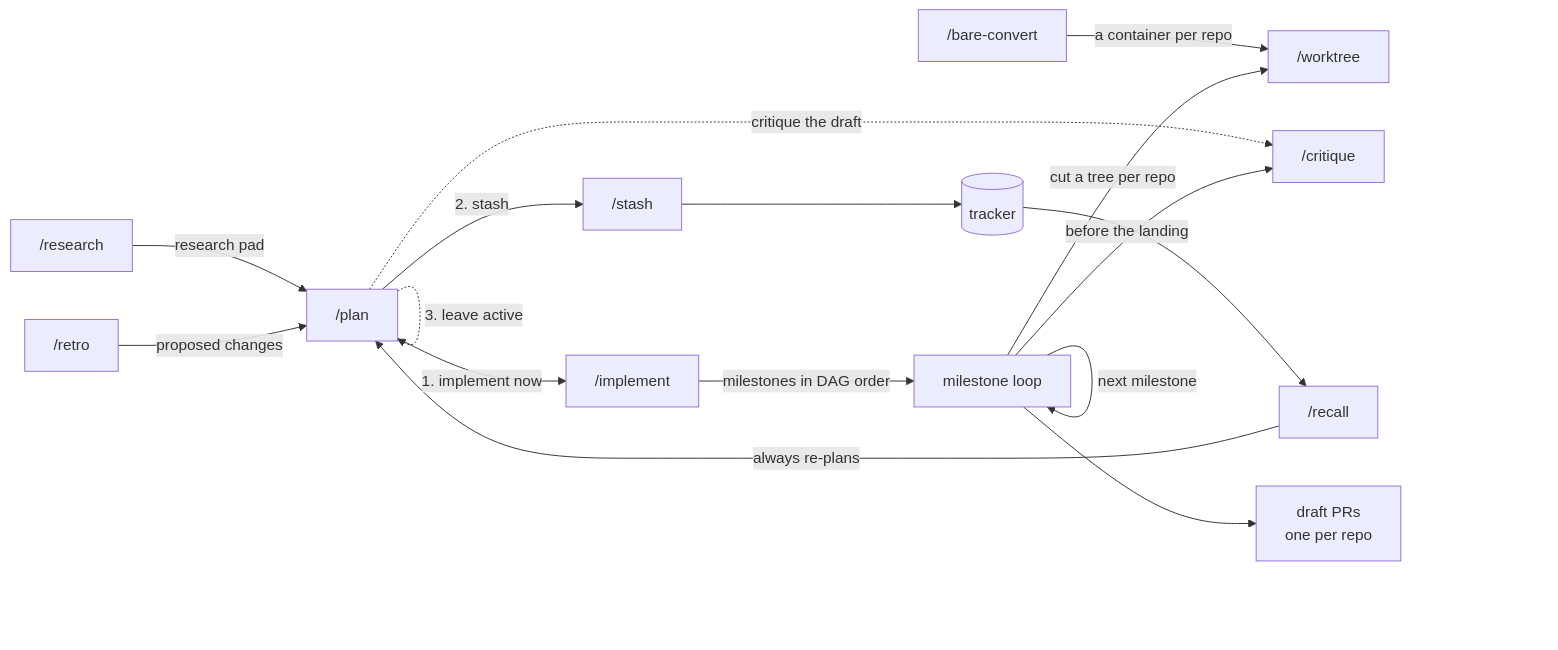
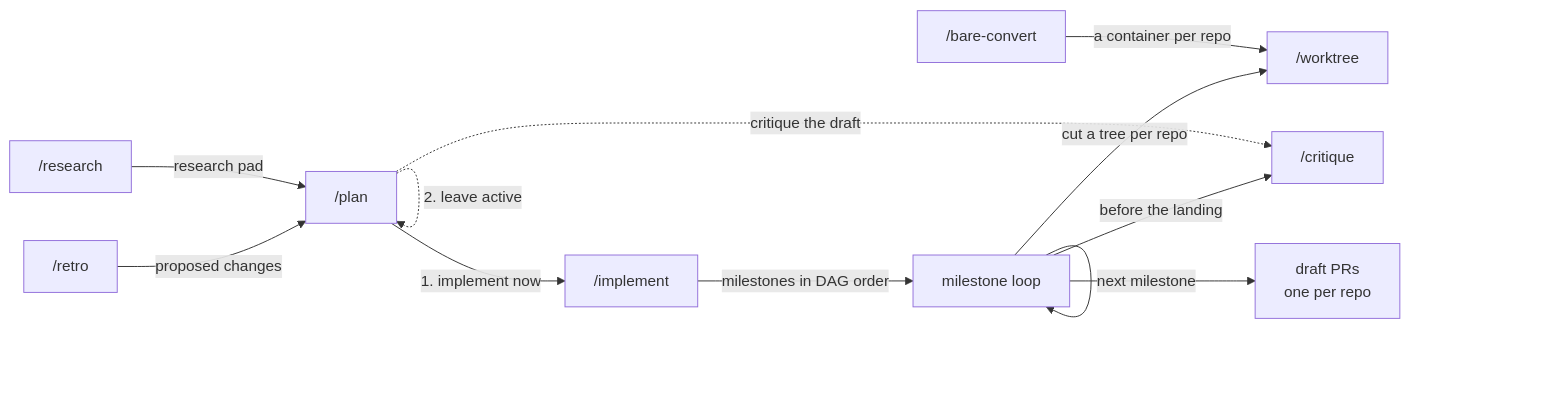
One commit to jahnkelabs/agents changed the diagram in README.md. Above: the diagram before and after it, drawn with Mermaid. The commit also changed other lines of this file and 7 other files, not shown here.

First line of the commit message:
chore(skills): remove the stash and recall skills (#17)

````diff
--- a/README.md
+++ b/README.md
@@ -193,31 +187,24 @@
 ```mermaid
 flowchart LR
     R["/research"]
     P["/plan"]
     I["/implement"]
     W["/worktree"]
     BC["/bare-convert"]
     M["milestone loop"]
     C["/critique"]
-    S["/stash"]
-    RC["/recall"]
     RT["/retro"]
-    T[("tracker")]
     PR["draft PRs<br/>one per repo"]
 
     R -->|"research pad"| P
     P -->|"1. implement now"| I
-    P -->|"2. stash"| S
-    P -.->|"3. leave active"| P
+    P -.->|"2. leave active"| P
     P -.->|"critique the draft"| C
-    S --> T
-    T --> RC
-    RC -->|"always re-plans"| P
     RT -->|"proposed changes"| P
     I -->|"milestones in DAG order"| M
     BC -->|"a container per repo"| W
     M -->|"cut a tree per repo"| W
     M -->|"before the landing"| C
     M --> PR
     M -->|"next milestone"| M
 ```
````
